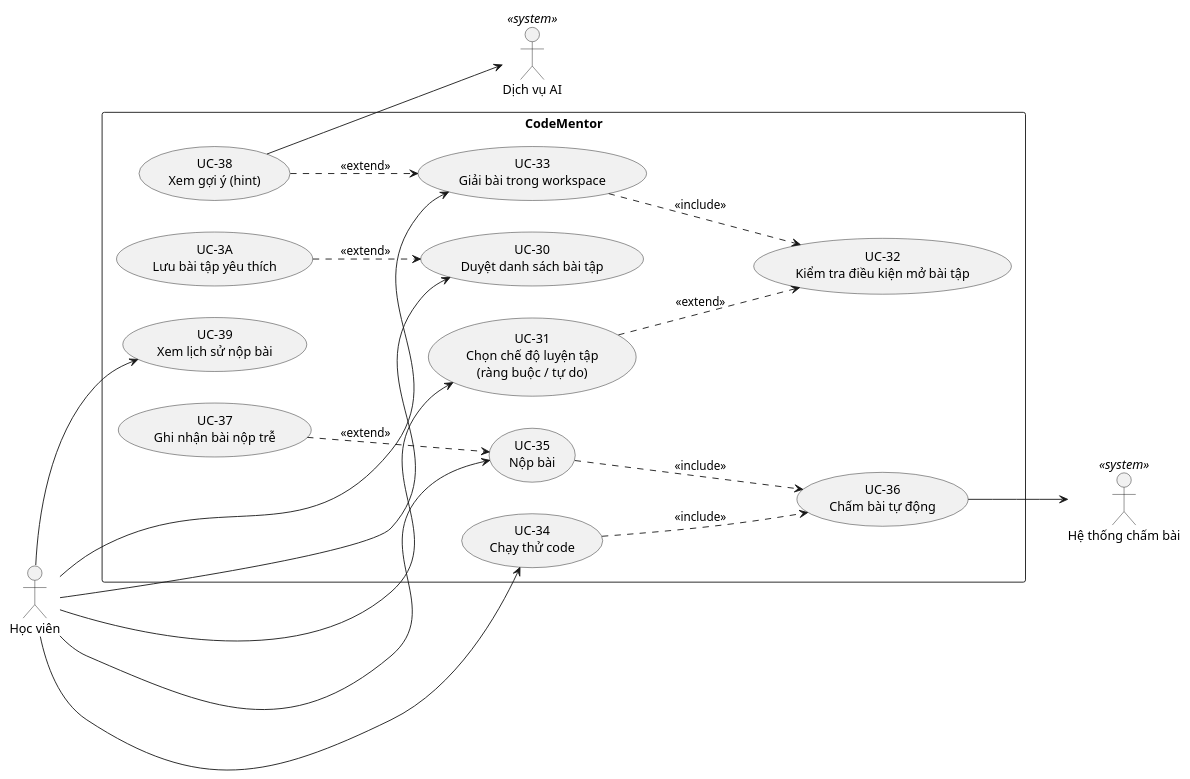
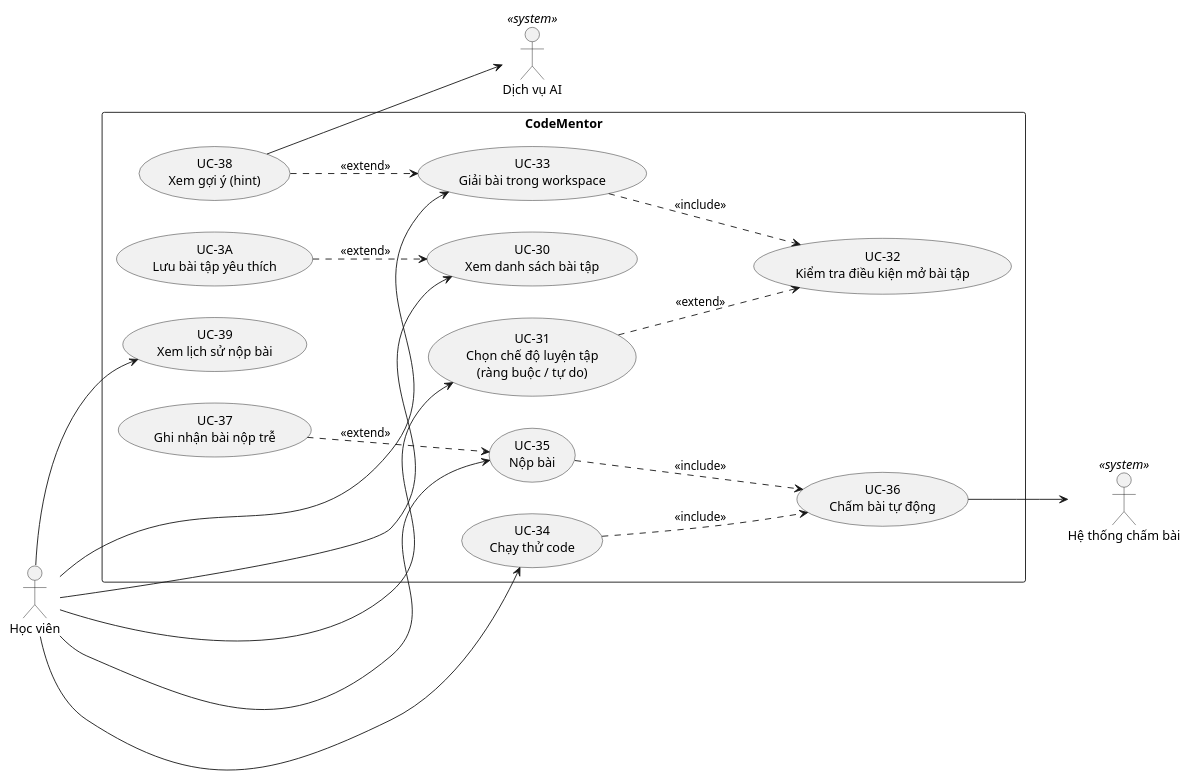
Before and after one commit to codementor-official/codementor-infra: the fifth of 10 diagrams in docs/07-use-case-model.md, drawn with PlantUML. The commit also changed other lines of this file and 6 other files, not shown here.

Commit message:
Update diagram dimensions and positions in p9-scheduled.svg for improved layout and readability

````diff
--- a/docs/07-use-case-model.md
+++ b/docs/07-use-case-model.md
@@ -276,40 +276,40 @@
 ```plantuml
 @startuml p4-practice
 left to right direction
 actor "Học viên" as Learner
 
 rectangle "CodeMentor" {
-  usecase "UC-30\nDuyệt danh sách bài tập" as UC30
+  usecase "UC-30\nXem danh sách bài tập" as UC30
   usecase "UC-31\nChọn chế độ luyện tập\n(ràng buộc / tự do)" as UC31
   usecase "UC-32\nKiểm tra điều kiện mở bài tập" as UC32
   usecase "UC-33\nGiải bài trong workspace" as UC33
   usecase "UC-34\nChạy thử code" as UC34
   usecase "UC-35\nNộp bài" as UC35
   usecase "UC-36\nChấm bài tự động" as UC36
   usecase "UC-37\nGhi nhận bài nộp trễ" as UC37
   usecase "UC-38\nXem gợi ý (hint)" as UC38
   usecase "UC-39\nXem lịch sử nộp bài" as UC39
   usecase "UC-3A\nLưu bài tập yêu thích" as UC3A
 
   UC33 ..> UC32 : <<include>>
   UC34 ..> UC36 : <<include>>
   UC35 ..> UC36 : <<include>>
   UC37 ..> UC35 : <<extend>>
   UC38 ..> UC33 : <<extend>>
   UC31 ..> UC32 : <<extend>>
   UC3A ..> UC30 : <<extend>>
 }
 
 actor "Hệ thống chấm bài" as Judge <<system>>
 actor "Dịch vụ AI" as AI <<system>>
 
 Learner --> UC30
 Learner --> UC31
 Learner --> UC33
 Learner --> UC34
 Learner --> UC35
 Learner --> UC39
 UC36 --> Judge
 UC38 --> AI
 @enduml
 ```
````
